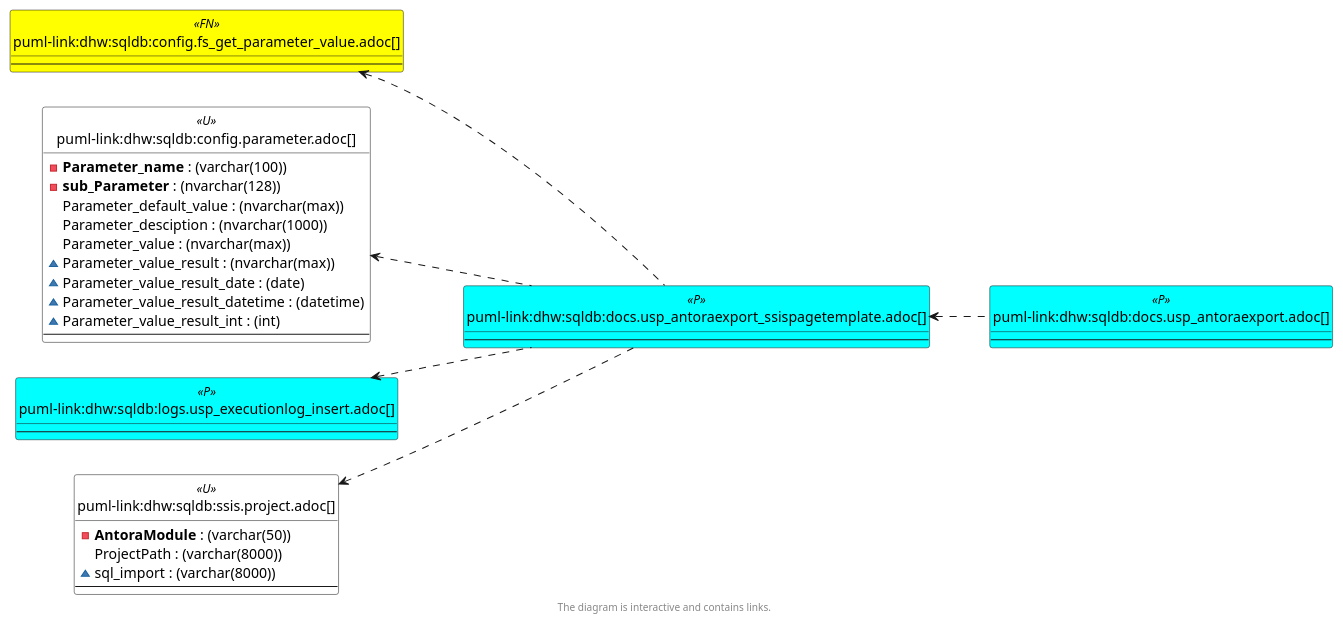
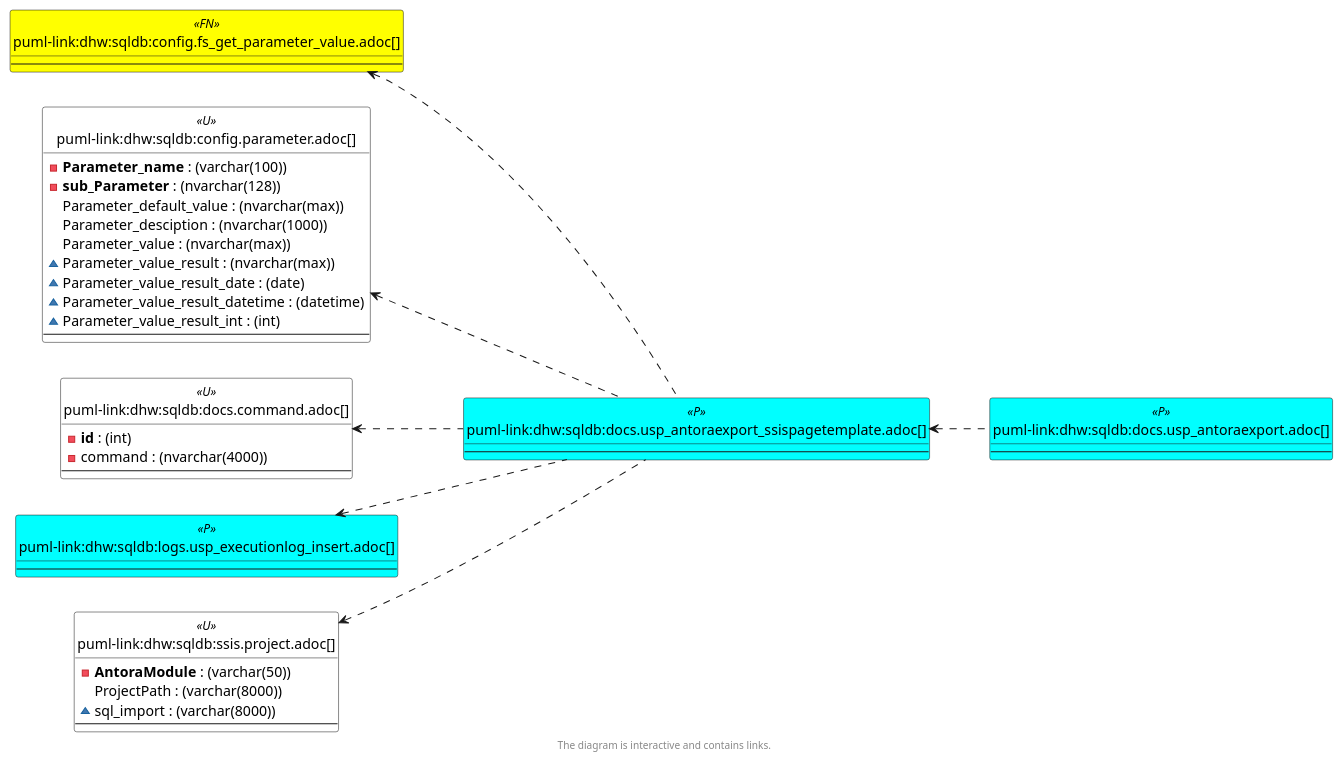
One commit to DataHandwerk/dhw-antora-sqldb changed the sixth of 6 diagrams in docs/modules/sqldb/partials/content/docs.usp_antoraexport_ssispagetemplate.adoc. Above: the diagram before and after it, drawn with PlantUML. The commit also changed other lines of this file and 701 other files, not shown here.

```diff
--- a/docs/modules/sqldb/partials/content/docs.usp_antoraexport_ssispagetemplate.adoc
+++ b/docs/modules/sqldb/partials/content/docs.usp_antoraexport_ssispagetemplate.adoc
@@ -884,6 +902,12 @@
   --
 }
 
+entity "puml-link:dhw:sqldb:docs.command.adoc[]" as docs.command << U >> {
+  - **id** : (int)
+  - command : (nvarchar(4000))
+  --
+}
+
 entity "puml-link:dhw:sqldb:docs.usp_antoraexport.adoc[]" as docs.usp_AntoraExport << P >> {
   --
 }
@@ -905,6 +929,7 @@
 
 config.fs_get_parameter_value <.. docs.usp_AntoraExport_SsisPageTemplate
 config.Parameter <.. docs.usp_AntoraExport_SsisPageTemplate
+docs.command <.. docs.usp_AntoraExport_SsisPageTemplate
 docs.usp_AntoraExport_SsisPageTemplate <.. docs.usp_AntoraExport
 logs.usp_ExecutionLog_insert <.. docs.usp_AntoraExport_SsisPageTemplate
 ssis.Project <.. docs.usp_AntoraExport_SsisPageTemplate
```
